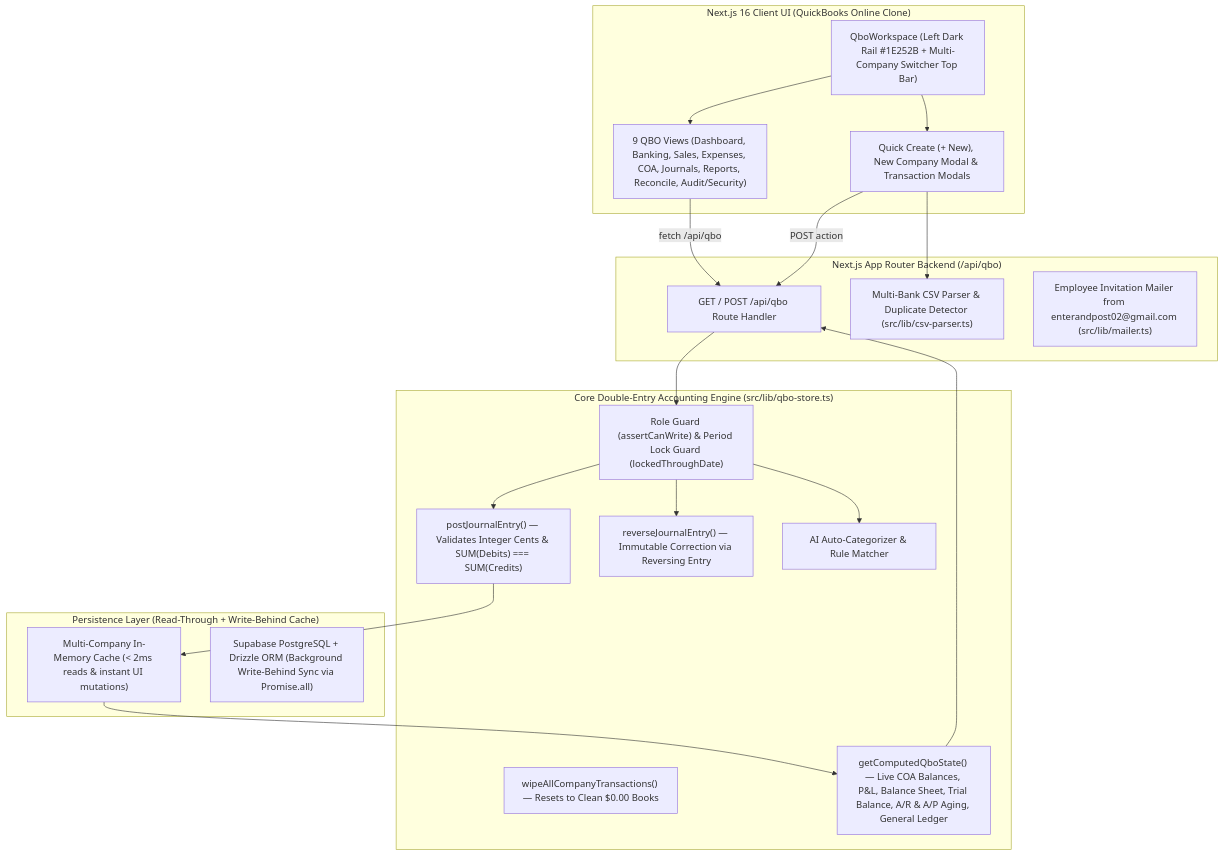
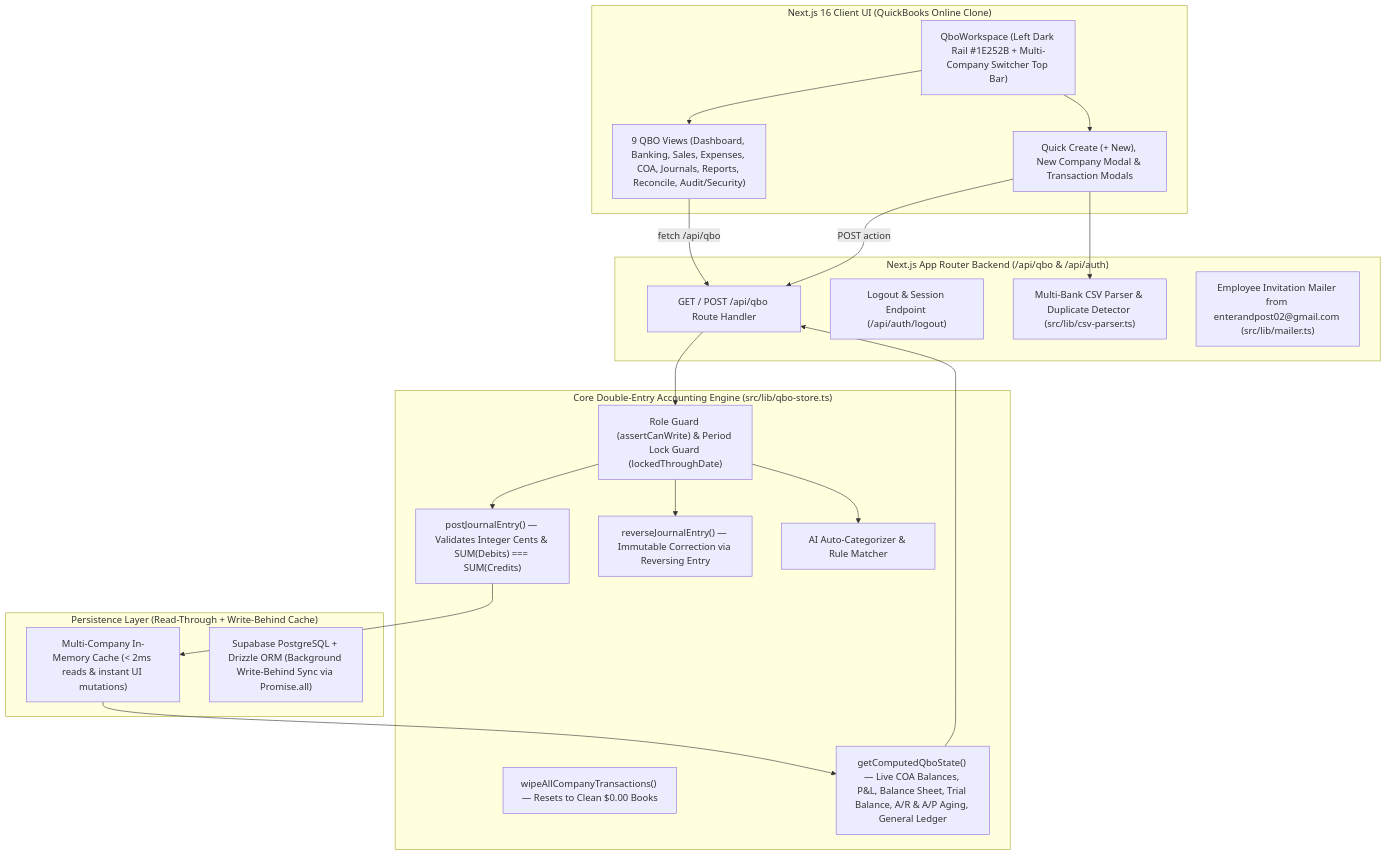
Before and after one commit to enterandpost02/quickbook: the diagram in docs/ARCHITECTURE.md, drawn with Mermaid. The commit also changed 11 other files, not shown here.

````diff
--- a/docs/ARCHITECTURE.md
+++ b/docs/ARCHITECTURE.md
@@ -9,41 +9,42 @@
 ```mermaid
 flowchart TB
     subgraph Client["Next.js 16 Client UI (QuickBooks Online Clone)"]
         Workspace["QboWorkspace (Left Dark Rail #1E252B + Multi-Company Switcher Top Bar)"]
         Views["9 QBO Views (Dashboard, Banking, Sales, Expenses, COA, Journals, Reports, Reconcile, Audit/Security)"]
         Modals["Quick Create (+ New), New Company Modal & Transaction Modals"]
     end
 
-    subgraph API["Next.js App Router Backend (/api/qbo)"]
+    subgraph API["Next.js App Router Backend (/api/qbo & /api/auth)"]
         RouteHandler["GET / POST /api/qbo Route Handler"]
+        AuthRoutes["Logout & Session Endpoint (/api/auth/logout)"]
         CSVParser["Multi-Bank CSV Parser & Duplicate Detector (src/lib/csv-parser.ts)"]
         Mailer["Employee Invitation Mailer from enterandpost02@gmail.com (src/lib/mailer.ts)"]
     end
 
     subgraph Engine["Core Double-Entry Accounting Engine (src/lib/qbo-store.ts)"]
         RBAC["Role Guard (assertCanWrite) & Period Lock Guard (lockedThroughDate)"]
         PostEntry["postJournalEntry() — Validates Integer Cents & SUM(Debits) === SUM(Credits)"]
         Reversal["reverseJournalEntry() — Immutable Correction via Reversing Entry"]
         Wipe["wipeAllCompanyTransactions() — Resets to Clean $0.00 Books"]
         AICat["AI Auto-Categorizer & Rule Matcher"]
         Aggregator["getComputedQboState() — Live COA Balances, P&L, Balance Sheet, Trial Balance, A/R & A/P Aging, General Ledger"]
     end
 
     subgraph Storage["Persistence Layer (Read-Through + Write-Behind Cache)"]
         InMemory["Multi-Company In-Memory Cache (< 2ms reads & instant UI mutations)"]
         Postgres["Supabase PostgreSQL + Drizzle ORM (Background Write-Behind Sync via Promise.all)"]
     end
 
     Workspace --> Views
     Workspace --> Modals
     Views -->|fetch /api/qbo| RouteHandler
     Modals -->|POST action| RouteHandler
     Modals --> CSVParser
     RouteHandler --> RBAC
     RBAC --> PostEntry
     RBAC --> Reversal
     RBAC --> AICat
     PostEntry --> InMemory
     InMemory --> Aggregator
     Aggregator --> RouteHandler
 ```
````
